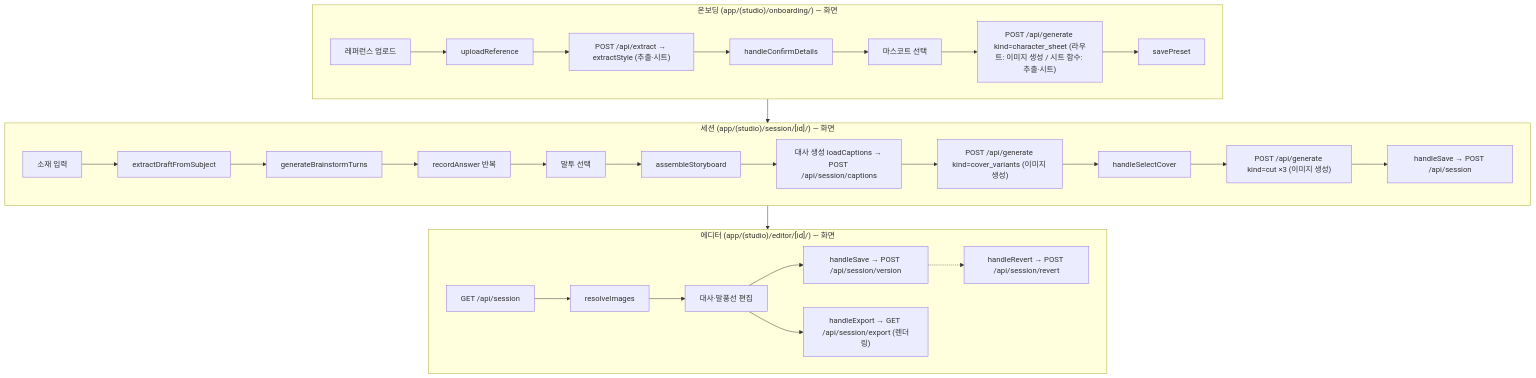
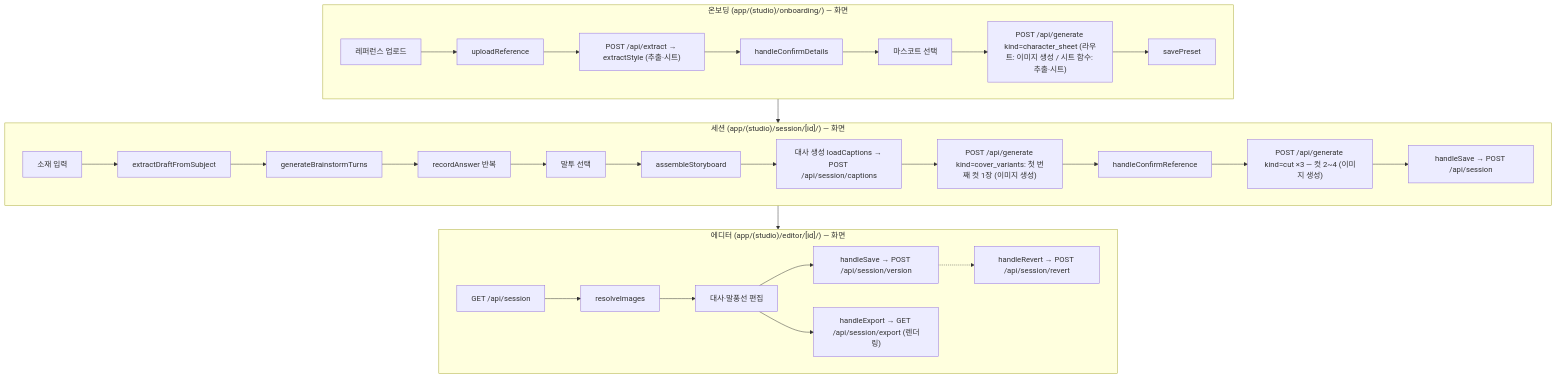
The diagram in docs/pipeline.md (chictimin/cuttoon-copilot), drawn with Mermaid before and after one commit. The commit also changed other lines of this file and 2 other files, not shown here.

````diff
--- a/docs/pipeline.md
+++ b/docs/pipeline.md
@@ -17,34 +17,34 @@
 ```mermaid
 flowchart TD
   subgraph 온보딩["온보딩 (app/(studio)/onboarding/) — 화면"]
     U1[레퍼런스 업로드] --> A1[uploadReference]
     A1 --> A2["POST /api/extract → extractStyle (추출·시트)"]
     A2 --> A3[handleConfirmDetails]
     A3 --> A3m[마스코트 선택]
     A3m --> A4["POST /api/generate kind=character_sheet (라우트: 이미지 생성 / 시트 함수: 추출·시트)"]
     A4 --> A5[savePreset]
   end
 
   subgraph 세션["세션 (app/(studio)/session/[id]/) — 화면"]
     B1[소재 입력] --> B2[extractDraftFromSubject]
     B2 --> B3[generateBrainstormTurns]
     B3 --> B4[recordAnswer 반복]
     B4 --> B4t[말투 선택]
     B4t --> B5[assembleStoryboard]
     B5 --> B5c["대사 생성 loadCaptions → POST /api/session/captions"]
-    B5c --> B6["POST /api/generate kind=cover_variants (이미지 생성)"]
-    B6 --> B7[handleSelectCover]
-    B7 --> B8["POST /api/generate kind=cut ×3 (이미지 생성)"]
+    B5c --> B6["POST /api/generate kind=cover_variants: 첫 번째 컷 1장 (이미지 생성)"]
+    B6 --> B7[handleConfirmReference]
+    B7 --> B8["POST /api/generate kind=cut ×3 — 컷 2~4 (이미지 생성)"]
     B8 --> B9[handleSave → POST /api/session]
   end
 
   subgraph 에디터["에디터 (app/(studio)/editor/[id]/) — 화면"]
     C1[GET /api/session] --> C2[resolveImages]
     C2 --> C3[대사·말풍선 편집]
     C3 --> C4[handleSave → POST /api/session/version]
     C4 -.-> C5[handleRevert → POST /api/session/revert]
     C3 --> C6["handleExport → GET /api/session/export (렌더링)"]
   end
 
   온보딩 --> 세션 --> 에디터
 ```
````
